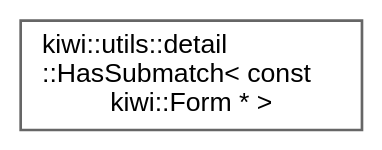
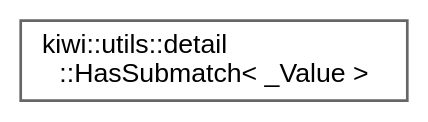
Before and after one commit to bab2min/Kiwi: the diagram in inherit_graph_105.dot, drawn with Graphviz. The commit also changed 160 other files, not shown here.

```diff
--- a/inherit_graph_105.dot
+++ b/inherit_graph_105.dot
@@ -1,9 +1,9 @@
 digraph "Graphical Class Hierarchy"
 {
  // LATEX_PDF_SIZE
   bgcolor="transparent";
   edge [fontname=Helvetica,fontsize=10,labelfontname=Helvetica,labelfontsize=10];
   node [fontname=Helvetica,fontsize=10,shape=box,height=0.2,width=0.4];
   rankdir="LR";
-  Node0 [id="Node000000",label="kiwi::utils::detail\l::HasSubmatch\< const\l kiwi::Form * \>",height=0.2,width=0.4,color="grey40", fillcolor="white", style="filled",URL="$structkiwi_1_1utils_1_1detail_1_1HasSubmatch.html",tooltip=" "];
+  Node0 [id="Node000000",label="kiwi::utils::detail\l::HasSubmatch\< _Value \>",height=0.2,width=0.4,color="grey40", fillcolor="white", style="filled",URL="$structkiwi_1_1utils_1_1detail_1_1HasSubmatch.html",tooltip=" "];
 }
```
